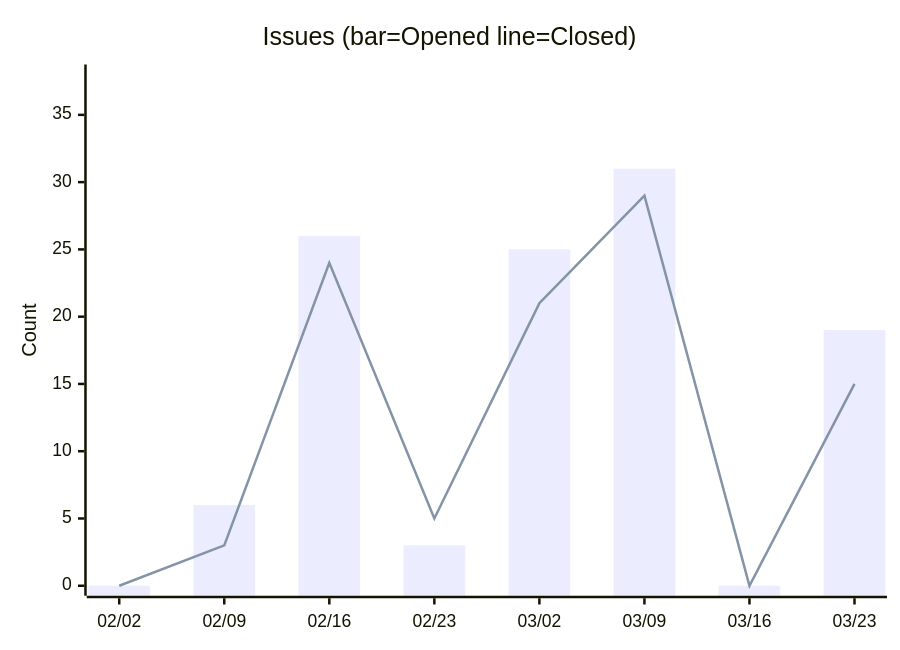
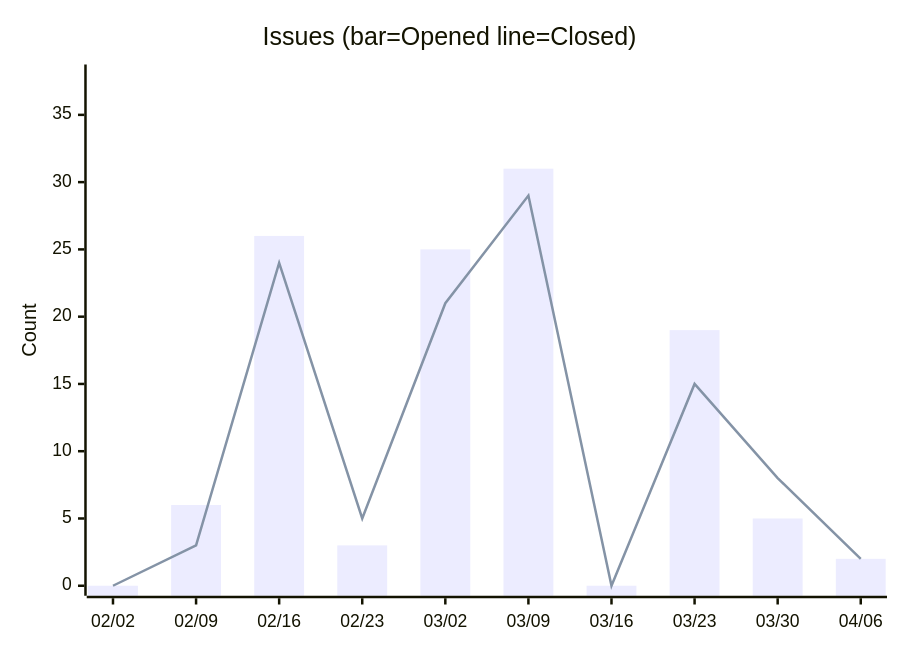
One commit to nablarch/nabledge-dev changed the fifth of 14 diagrams in docs/metrics.md. Above: the diagram before and after it, drawn with Mermaid. The commit also changed other lines of this file and 2 other files, not shown here.

````diff
--- a/docs/metrics.md
+++ b/docs/metrics.md
@@ -91,8 +91,8 @@
 ```mermaid
 xychart-beta
   title "Issues (bar=Opened  line=Closed)"
-  x-axis ["02/02", "02/09", "02/16", "02/23", "03/02", "03/09", "03/16", "03/23"]
+  x-axis ["02/02", "02/09", "02/16", "02/23", "03/02", "03/09", "03/16", "03/23", "03/30", "04/06"]
   y-axis "Count" 0 --> 38
-  bar [0, 6, 26, 3, 25, 31, 0, 19]
-  line [0, 3, 24, 5, 21, 29, 0, 15]
+  bar [0, 6, 26, 3, 25, 31, 0, 19, 5, 2]
+  line [0, 3, 24, 5, 21, 29, 0, 15, 8, 2]
 ```
````
